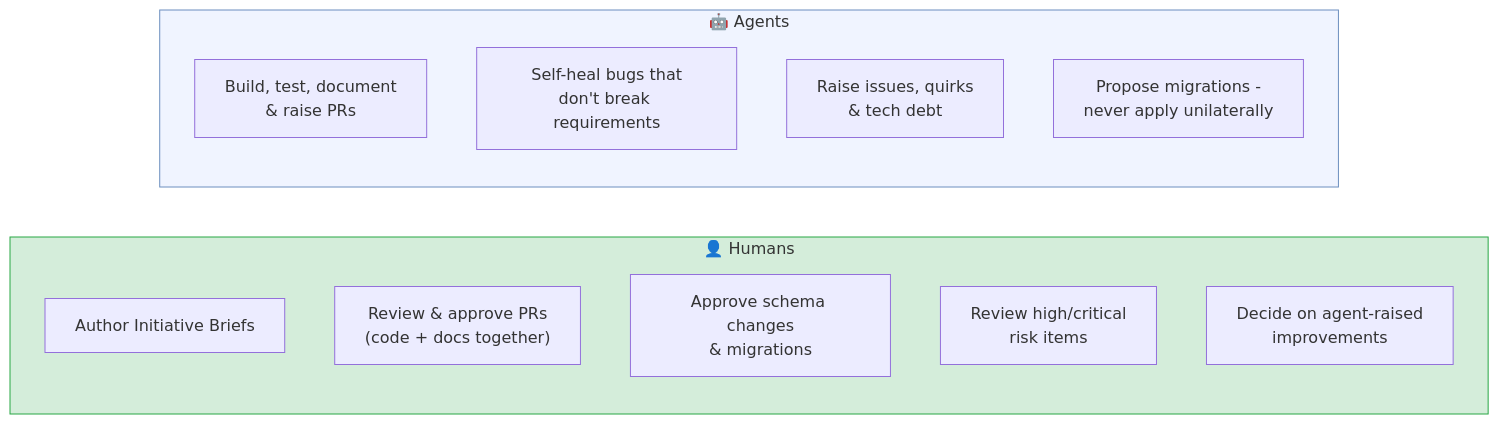
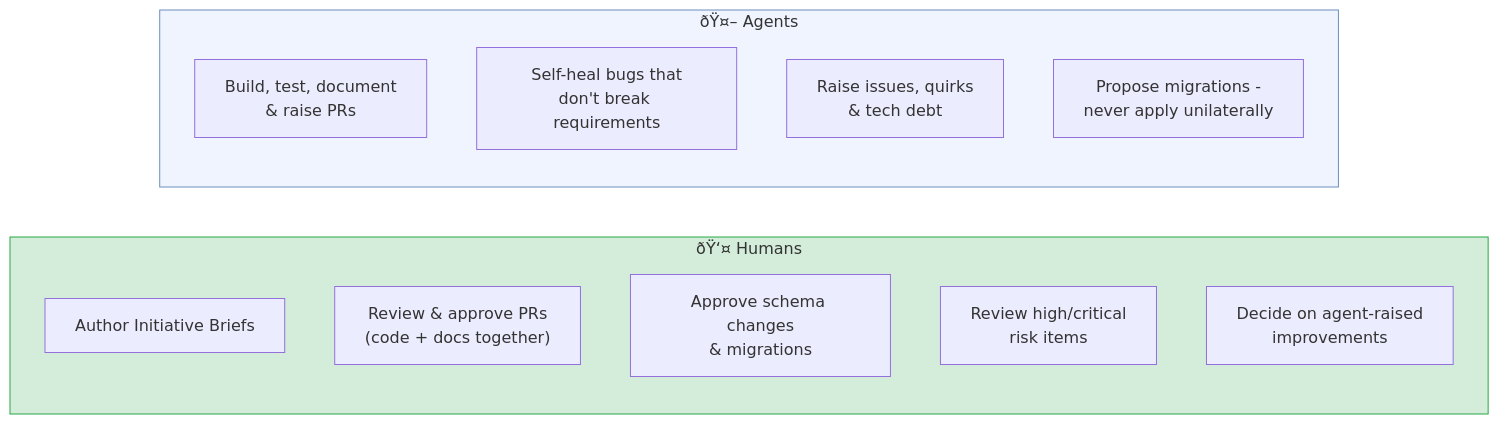
Before and after one commit to planifest/planifest-website: the third of 5 diagrams in planifest-docs/p001-planifest-master-plan.md, drawn with Mermaid. The commit also changed other lines of this file and 3 other files, not shown here.

````diff
--- a/planifest-docs/p001-planifest-master-plan.md
+++ b/planifest-docs/p001-planifest-master-plan.md
@@ -142,20 +142,20 @@
 ```mermaid
 flowchart LR
-    subgraph HUMAN["👤 Humans"]
+    subgraph HUMAN["ðŸ‘¤ Humans"]
         H1["Author Initiative Briefs"]
         H2["Review & approve PRs\n(code + docs together)"]
         H3["Approve schema changes\n& migrations"]
         H4["Review high/critical\nrisk items"]
         H5["Decide on agent-raised\nimprovements"]
     end
 
-    subgraph AGENT["🤖 Agents"]
+    subgraph AGENT["ðŸ¤– Agents"]
         A1["Build, test, document\n& raise PRs"]
         A2["Self-heal bugs that\ndon't break requirements"]
         A3["Raise issues, quirks\n& tech debt"]
         A4["Propose migrations -\nnever apply unilaterally"]
     end
 
     style HUMAN fill:#d4edda,stroke:#28a745
     style AGENT fill:#f0f4ff,stroke:#6c8ebf
 ```
````
